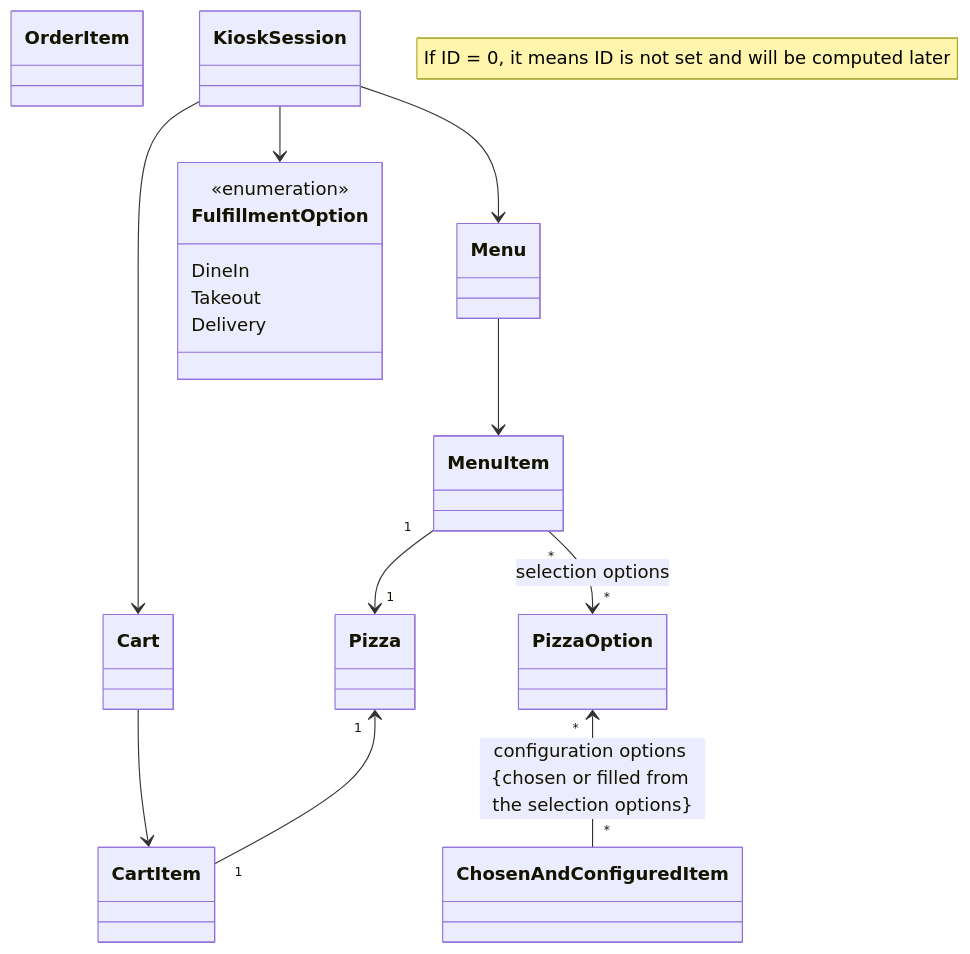
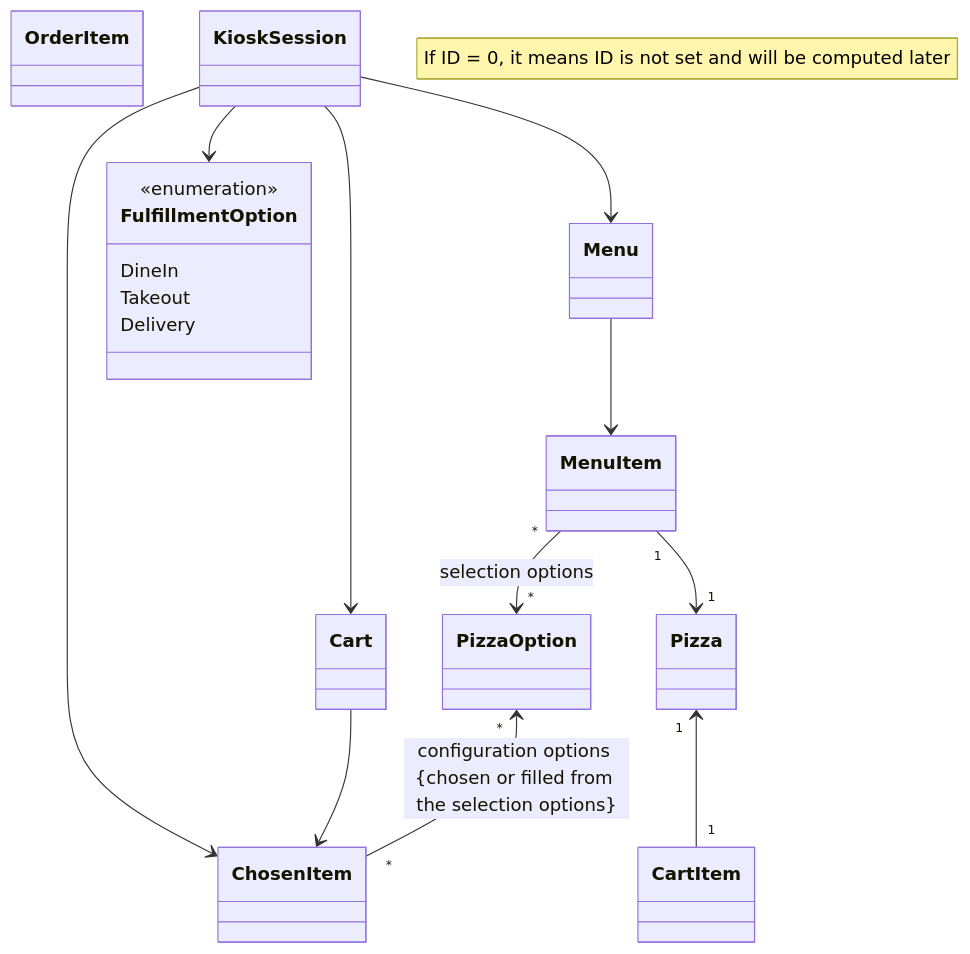
Before and after one commit to ekral/Utb.PizzaKiosk: the diagram in README.md, drawn with Mermaid.

````diff
--- a/README.md
+++ b/README.md
@@ -160,29 +160,30 @@
 ```mermaid
  classDiagram
    note "If ID = 0, it means ID is not set and will be computed later"
    %% direction LR
    class PizzaOption
    class Pizza
    class MenuItem
    class Menu
-   class ChosenAndConfiguredItem
+   class ChosenItem
    class CartItem
    class OrderItem
    class Cart
    class FulfillmentOption{
       <<enumeration>>
       DineIn
       Takeout
       Delivery
    }
    class KioskSession
    MenuItem "1" --> "1"  Pizza
    Pizza "1" <-- "1"  CartItem
    MenuItem "*" --> "*"  PizzaOption : selection options
-   PizzaOption "*" <-- "*" ChosenAndConfiguredItem : configuration options {chosen or filled from the selection options}
+   PizzaOption "*" <-- "*" ChosenItem : configuration options {chosen or filled from the selection options}
    Menu --> MenuItem
-   Cart --> CartItem
+   Cart --> ChosenItem
+   KioskSession --> ChosenItem
    KioskSession --> Cart
    KioskSession --> FulfillmentOption
    KioskSession --> Menu
 ```
````
